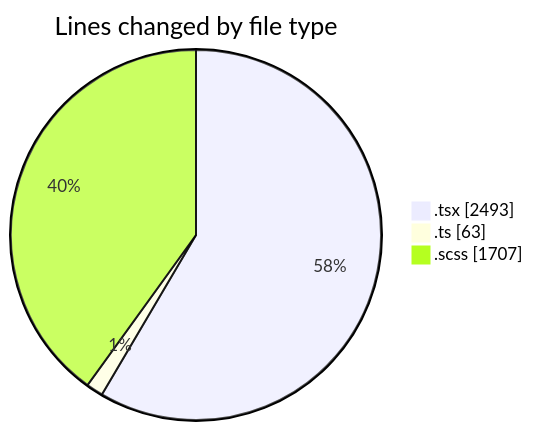
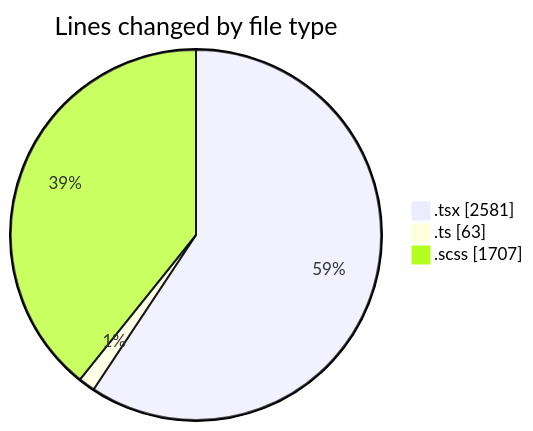
One commit to momahboobian/code-tracking changed the first of 2 diagrams in 2025-04-02/cda/README.md. Above: the diagram before and after it, drawn with Mermaid. The commit also changed other lines of this file and 1 other file, not shown here.

````diff
--- a/2025-04-02/cda/README.md
+++ b/2025-04-02/cda/README.md
@@ -30,7 +30,7 @@
 ```mermaid
 pie showData
 title Lines changed by file type
-".tsx" : 2493
+".tsx" : 2581
 ".ts" : 63
 ".scss" : 1707
 ```
````
